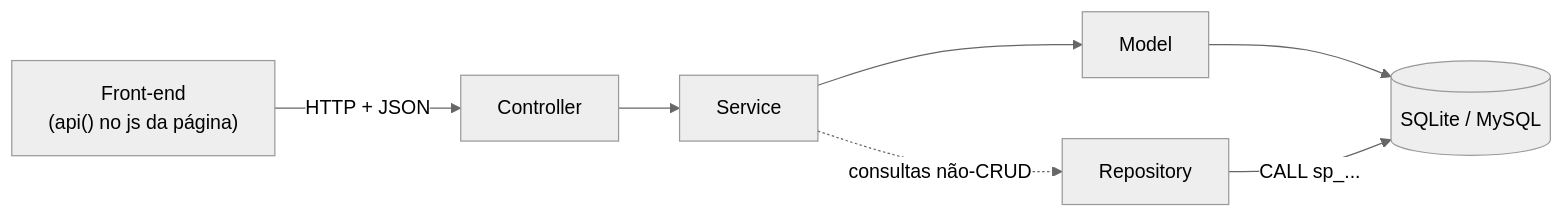
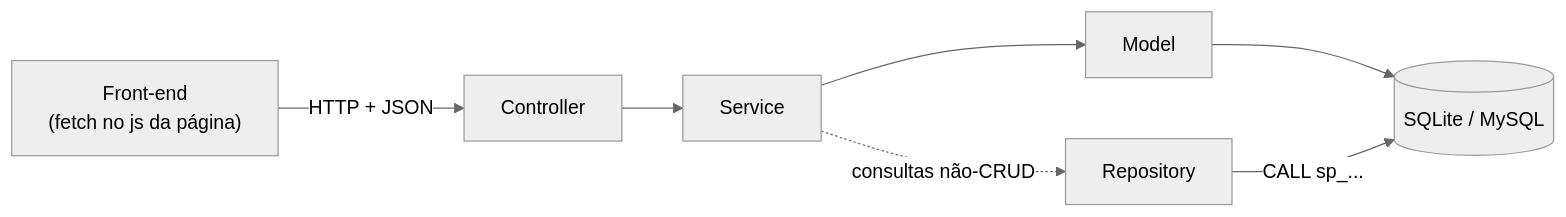
The first of 2 diagrams in backend/README.md (davimoraes678/Projeto-Cantina), drawn with Mermaid (neutral theme) before and after one commit. The commit also changed other lines of this file and 14 other files, not shown here.

````diff
--- a/backend/README.md
+++ b/backend/README.md
@@ -20,9 +20,9 @@
 ```mermaid
 flowchart LR
-    F["Front-end<br/>(api() no js da página)"] -->|"HTTP + JSON"| C["Controller"]
+    F["Front-end<br/>(fetch no js da página)"] -->|"HTTP + JSON"| C["Controller"]
     C --> S["Service"]
     S --> M["Model"]
     S -.->|"consultas não-CRUD"| R["Repository"]
     M --> DB[("SQLite / MySQL")]
     R -->|"CALL sp_..."| DB
 ```
````
